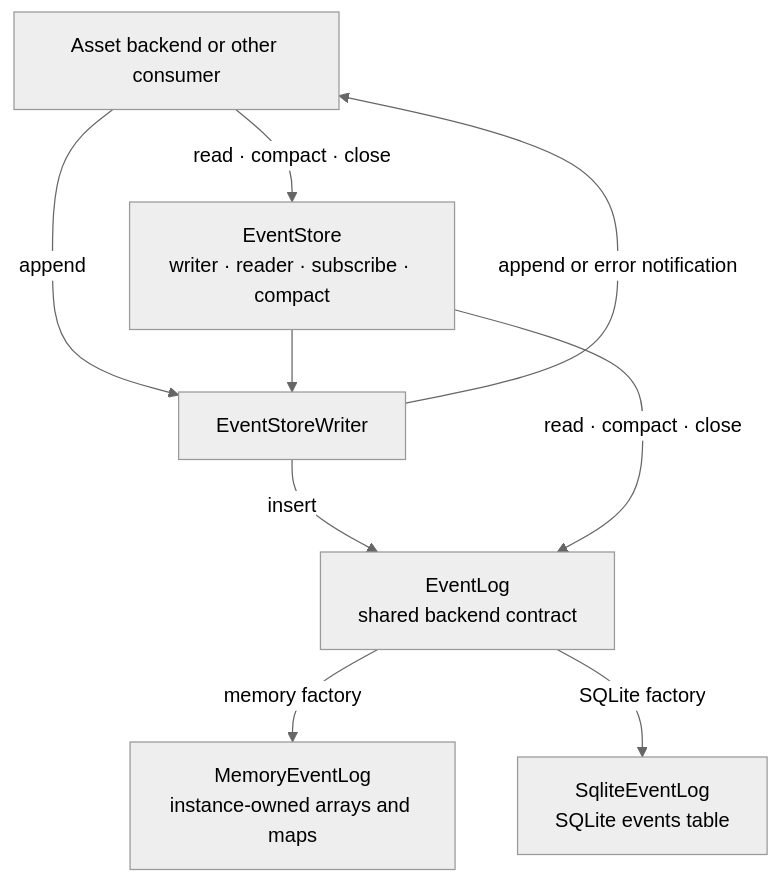
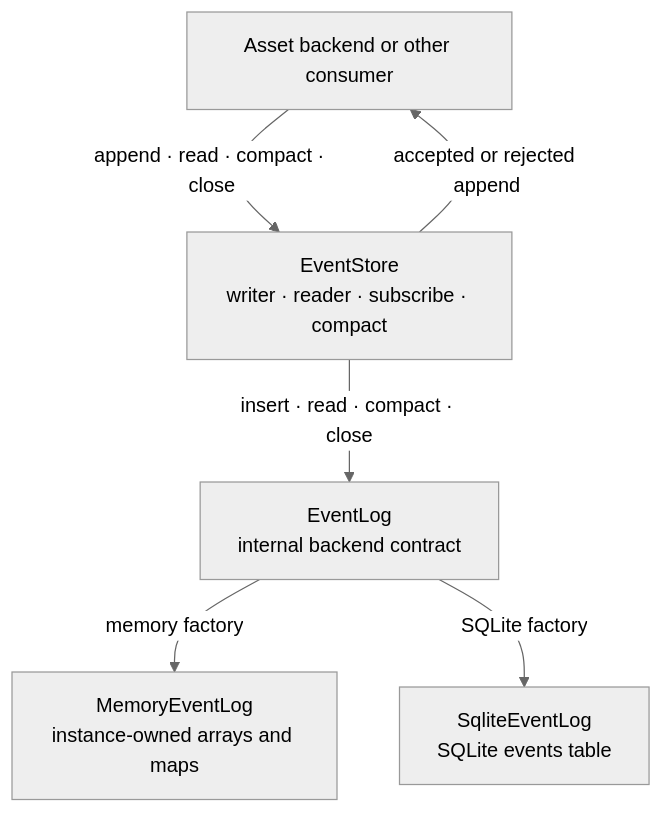
One commit to JollyPixel/editor changed the first of 4 diagrams in packages/event-store/ARCHITECTURE.md. Above: the diagram before and after it, drawn with Mermaid (neutral theme). The commit also changed other lines of this file and 28 other files, not shown here.

Commit message:
refactor(event-store): improve architecture

````diff
--- a/packages/event-store/ARCHITECTURE.md
+++ b/packages/event-store/ARCHITECTURE.md
@@ -9,18 +9,14 @@
 ```mermaid
 flowchart TB
     Caller["Asset backend or other consumer"]
     Store["EventStore<br/>writer · reader · subscribe · compact"]
-    Writer["EventStoreWriter"]
-    Log["EventLog<br/>shared backend contract"]
+    Log["EventLog<br/>internal backend contract"]
     Memory["MemoryEventLog<br/>instance-owned arrays and maps"]
     SQLite["SqliteEventLog<br/>SQLite events table"]
 
-    Caller -->|"append"| Writer
-    Caller -->|"read · compact · close"| Store
-    Store --> Writer
-    Writer -->|"insert"| Log
-    Store -->|"read · compact · close"| Log
+    Caller -->|"append · read · compact · close"| Store
+    Store -->|"insert · read · compact · close"| Log
     Log -->|"memory factory"| Memory
     Log -->|"SQLite factory"| SQLite
-    Writer -->|"append or error notification"| Caller
+    Store -->|"accepted or rejected append"| Caller
 ```
````
